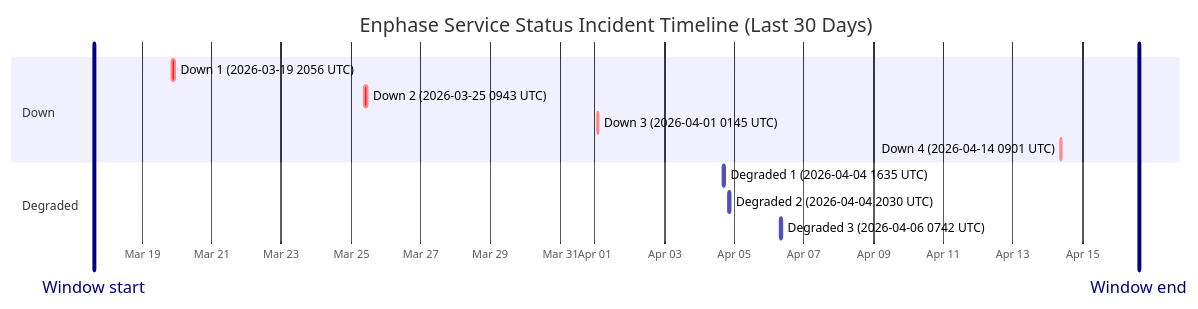
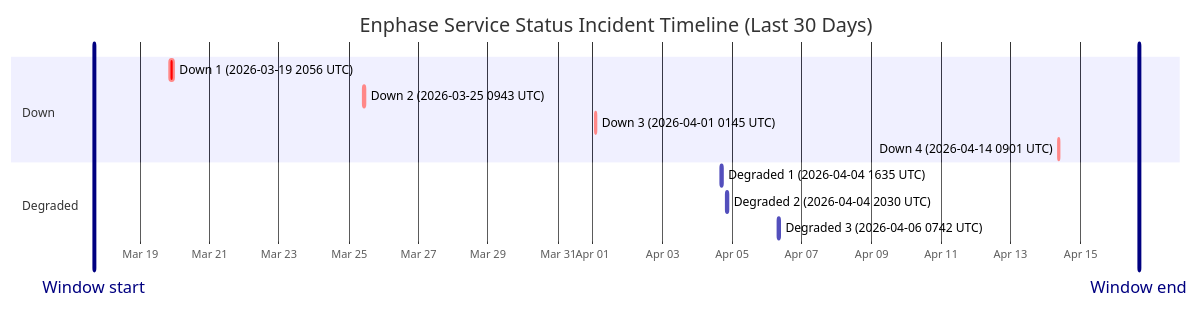
The diagram in wiki/Service-Status-History.md (barneyonline/ha-enphase-ev-charger), drawn with Mermaid before and after one commit. The commit also changed other lines of this file and 3 other files, not shown here.

````diff
--- a/wiki/Service-Status-History.md
+++ b/wiki/Service-Status-History.md
@@ -14,17 +14,17 @@
 ```mermaid
 gantt
     title Enphase Service Status Incident Timeline (Last 30 Days)
     dateFormat  YYYY-MM-DDTHH:mm:ss
     axisFormat  %b %d
-    Window start :vert, window-start, 2026-03-17T14:55:27, 0ms
-    Window end :vert, window-end, 2026-04-16T14:55:27, 0ms
+    Window start :vert, window-start, 2026-03-17T16:22:44, 0ms
+    Window end :vert, window-end, 2026-04-16T16:22:44, 0ms
     section Down
     Down 1 (2026-03-19 2056 UTC) :crit, down-1, 2026-03-19T20:56:20, 145m
     Down 2 (2026-03-25 0943 UTC) :crit, down-2, 2026-03-25T09:43:28, 111m
     Down 3 (2026-04-01 0145 UTC) :crit, down-3, 2026-04-01T01:45:09, 60m
     Down 4 (2026-04-14 0901 UTC) :crit, down-4, 2026-04-14T09:01:13, 60m
     section Degraded
     Degraded 1 (2026-04-04 1635 UTC) :active, degraded-1, 2026-04-04T16:35:17, 60m
     Degraded 2 (2026-04-04 2030 UTC) :active, degraded-2, 2026-04-04T20:30:40, 60m
     Degraded 3 (2026-04-06 0742 UTC) :active, degraded-3, 2026-04-06T07:42:09, 85m
 ```
````
